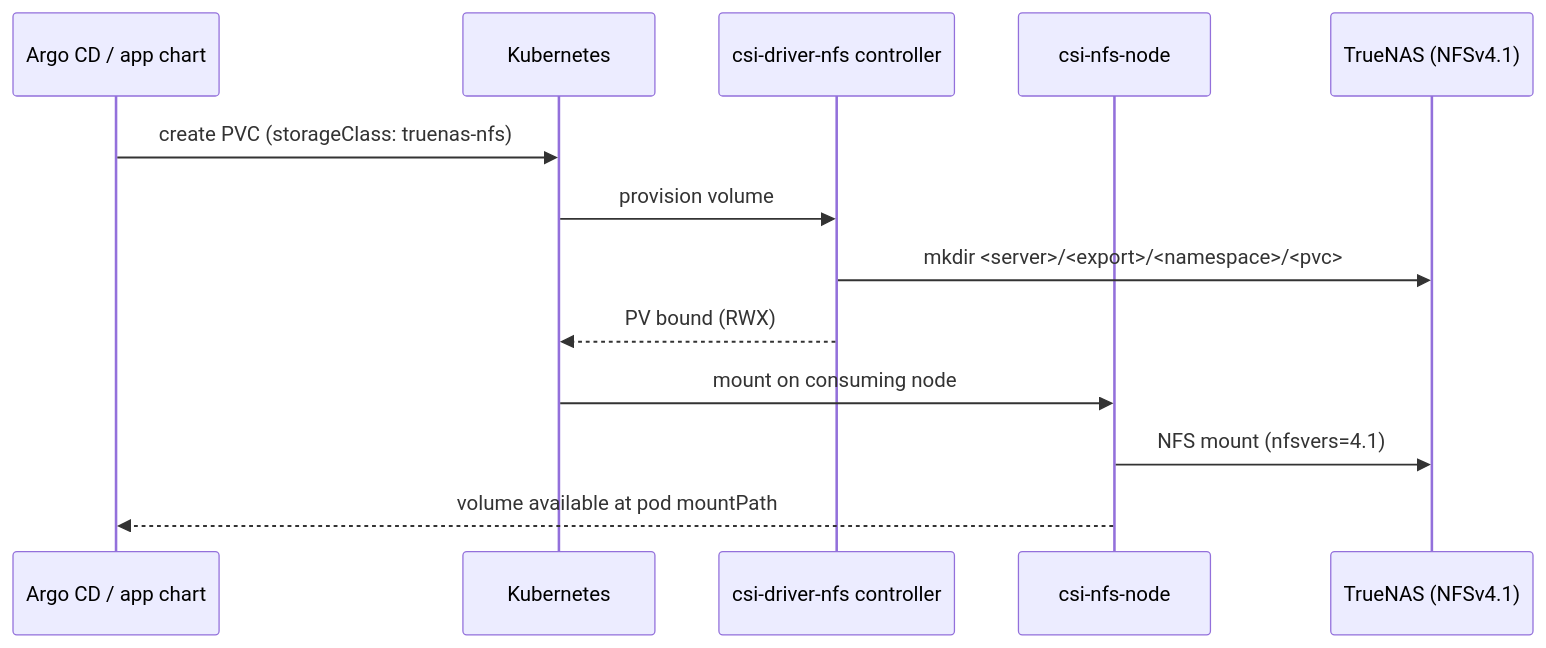
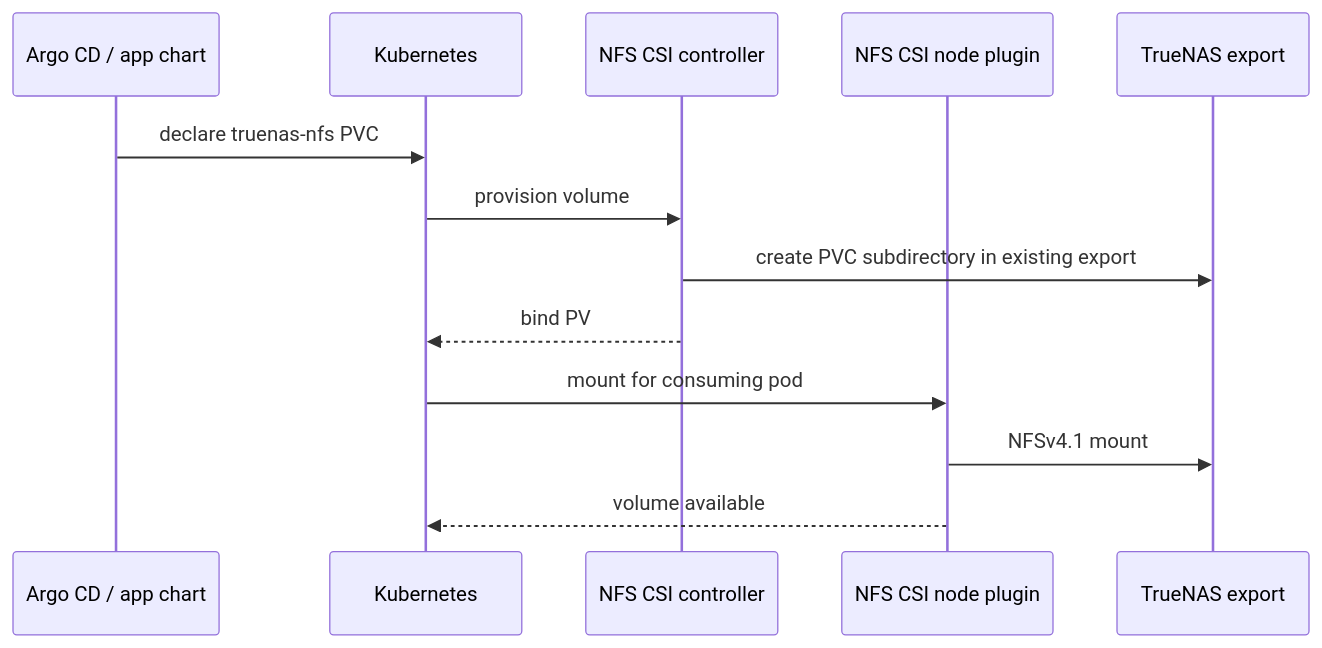
One commit to 211lab/atlas changed diagram 19 of 19 in docs/c4-architecture.md. Above: the diagram before and after it, drawn with Mermaid. The commit also changed other lines of this file and 25 other files, not shown here.

````diff
--- a/docs/c4-architecture.md
+++ b/docs/c4-architecture.md
@@ -310,15 +326,15 @@
 ```mermaid
 sequenceDiagram
-    participant U as Argo CD / app chart
+    participant A as Argo CD / app chart
     participant K as Kubernetes
-    participant C as csi-driver-nfs controller
-    participant N as csi-nfs-node
-    participant T as TrueNAS (NFSv4.1)
-    U->>K: create PVC (storageClass: truenas-nfs)
+    participant C as NFS CSI controller
+    participant N as NFS CSI node plugin
+    participant T as TrueNAS export
+    A->>K: declare truenas-nfs PVC
     K->>C: provision volume
-    C->>T: mkdir <server>/<export>/<namespace>/<pvc>
-    C-->>K: PV bound (RWX)
-    K->>N: mount on consuming node
-    N->>T: NFS mount (nfsvers=4.1)
-    N-->>U: volume available at pod mountPath
+    C->>T: create PVC subdirectory in existing export
+    C-->>K: bind PV
+    K->>N: mount for consuming pod
+    N->>T: NFSv4.1 mount
+    N-->>K: volume available
 ```
````
